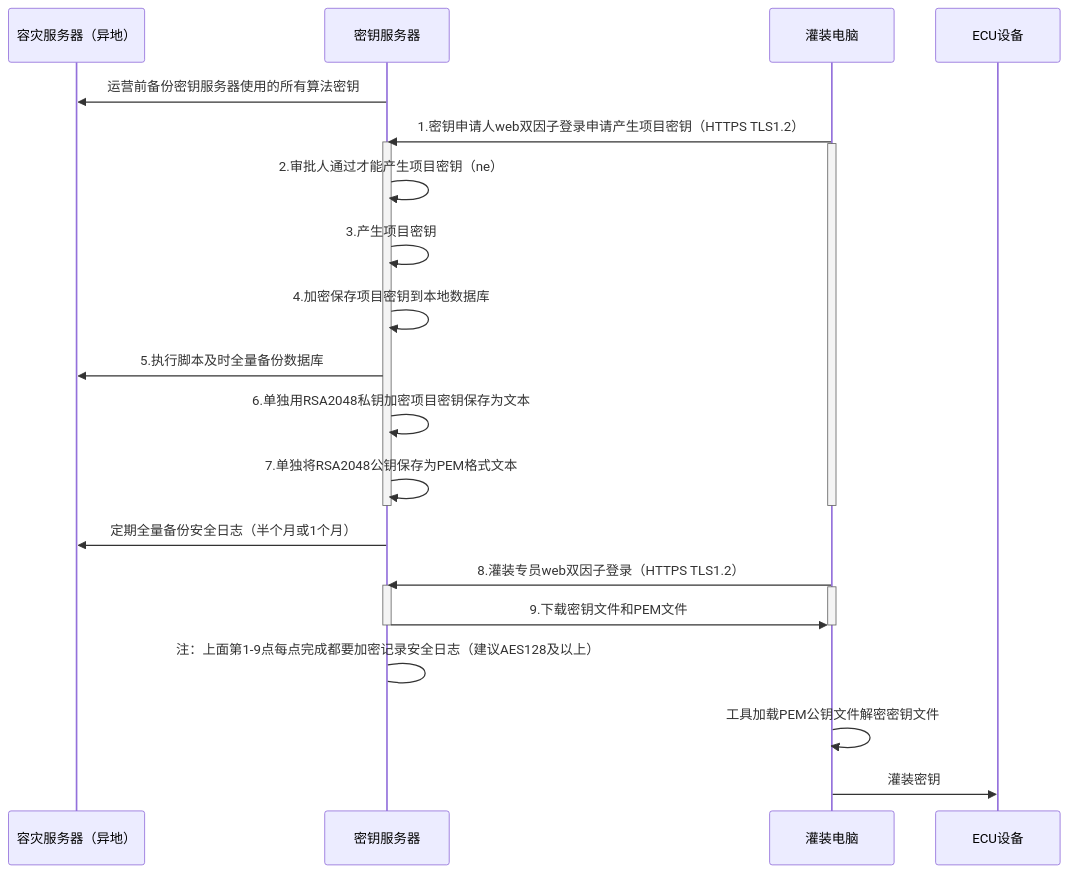
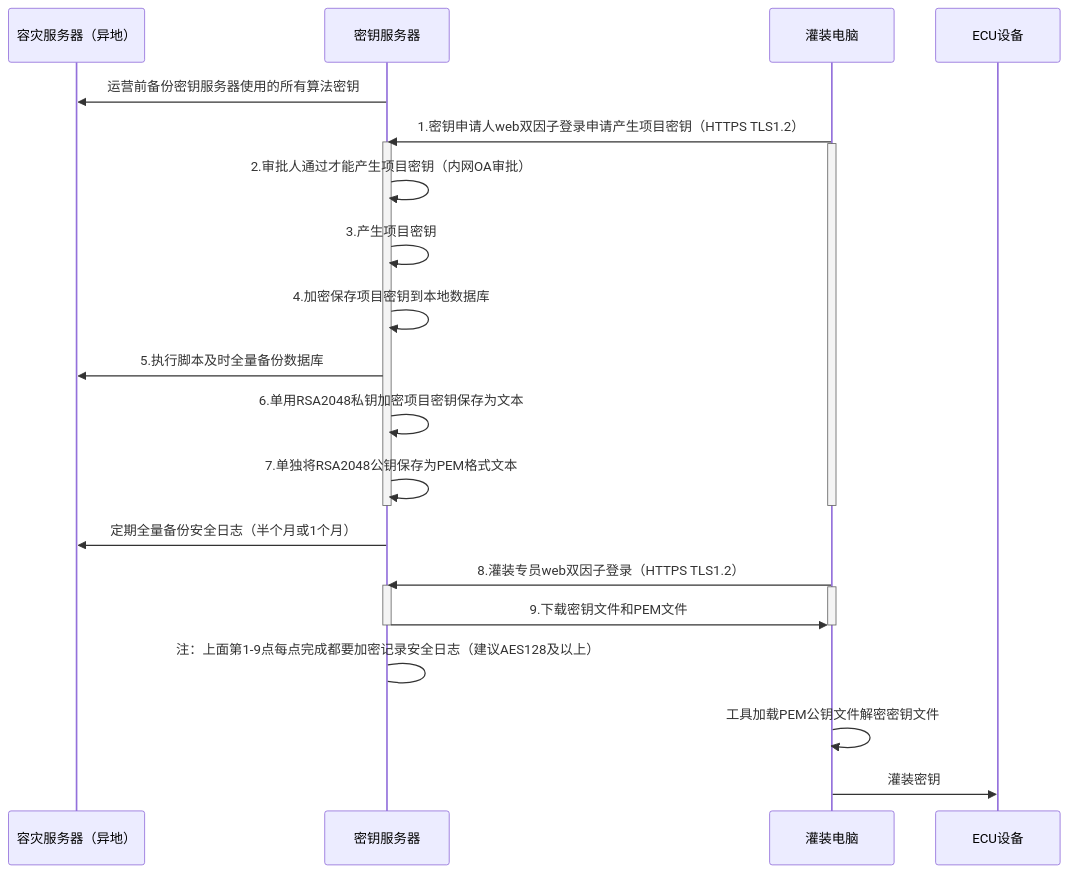
The diagram in all/未命名-15.md (facebook-cloud/iodraw-files), drawn with Mermaid before and after one commit.

Commit message:
2026-02-13 10:10:48 update

````diff
--- a/all/未命名-15.md
+++ b/all/未命名-15.md
@@ -1,34 +1,34 @@
 ```mermaid
 sequenceDiagram
     participant A as 容灾服务器（异地）
     participant B as 密钥服务器
     participant D as 灌装电脑
     participant E as ECU设备
 
     B->>A: 运营前备份密钥服务器使用的所有算法密钥
     D->>B: 1.密钥申请人web双因子登录申请产生项目密钥（HTTPS TLS1.2）
     activate B
     activate D
-    B->>B: 2.审批人通过才能产生项目密钥（ne）
+    B->>B: 2.审批人通过才能产生项目密钥（内网OA审批）
     B->>B: 3.产生项目密钥
     B->>B: 4.加密保存项目密钥到本地数据库
     B->>A: 5.执行脚本及时全量备份数据库
-    B->>B: 6.单独用RSA2048私钥加密项目密钥保存为文本
+    B->>B: 6.单用RSA2048私钥加密项目密钥保存为文本
     B->>B: 7.单独将RSA2048公钥保存为PEM格式文本
     deactivate B
     deactivate D
 
     B->>A: 定期全量备份安全日志（半个月或1个月）
     
     D->>B: 8.灌装专员web双因子登录（HTTPS TLS1.2）
     activate B
     activate D
     B->>D: 9.下载密钥文件和PEM文件
     deactivate B
     deactivate D
     B->B: 注：上面第1-9点每点完成都要加密记录安全日志（建议AES128及以上）
 
     D->>D:工具加载PEM公钥文件解密密钥文件
     
     D->>E: 灌装密钥
 ```
````
